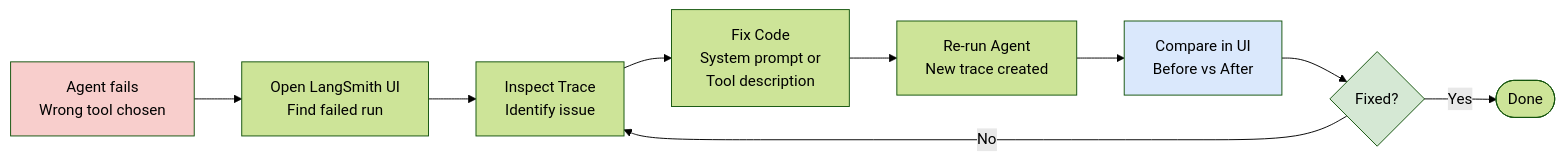
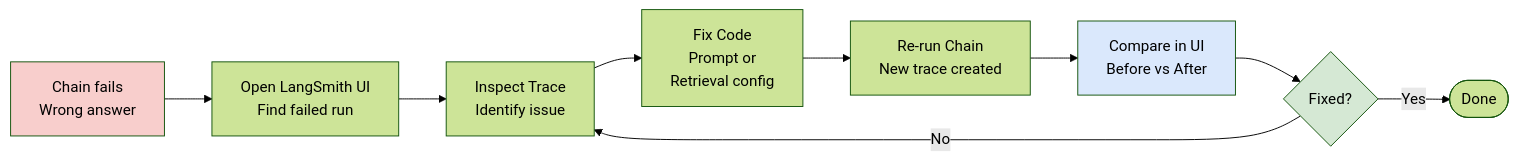
The fifth of 5 diagrams in docs/05-frameworks/einsteiger-langsmith.md (ralf-42/Agenten), drawn with Mermaid (forest theme) before and after one commit. The commit also changed other lines of this file and 47 other files, not shown here.

````diff
--- a/docs/05-frameworks/einsteiger-langsmith.md
+++ b/docs/05-frameworks/einsteiger-langsmith.md
@@ -633,23 +633,23 @@
 ```mermaid
 flowchart LR
-    FAIL[Agent fails<br/>Wrong tool chosen]
+    FAIL[Chain fails<br/>Wrong answer]
     OPEN[Open LangSmith UI<br/>Find failed run]
     INSPECT[Inspect Trace<br/>Identify issue]
-    FIX[Fix Code<br/>System prompt or<br/>Tool description]
-    RETEST[Re-run Agent<br/>New trace created]
+    FIX[Fix Code<br/>Prompt or<br/>Retrieval config]
+    RETEST[Re-run Chain<br/>New trace created]
     COMPARE[Compare in UI<br/>Before vs After]
     SUCCESS{Fixed?}
 
     FAIL --> OPEN
     OPEN --> INSPECT
     INSPECT --> FIX
     FIX --> RETEST
     RETEST --> COMPARE
     COMPARE --> SUCCESS
     SUCCESS -->|No| INSPECT
     SUCCESS -->|Yes| END([Done])
 
     style FAIL fill:#f8cecc
     style SUCCESS fill:#d5e8d4
     style COMPARE fill:#dae8fc
 ```
````
